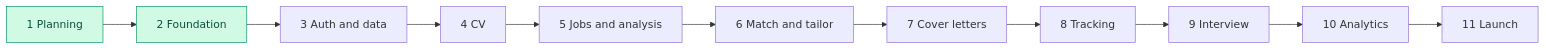
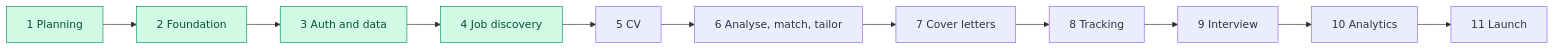
Before and after one commit to kgiannopoulou/JOB-HOUNT-RUN-BY-CLAUDE-CODE: the diagram in docs/07-roadmap.md, drawn with Mermaid. The commit also changed other lines of this file and 14 other files, not shown here.

Commit message:
Document database schema, setup and job provider terms

````diff
--- a/docs/07-roadmap.md
+++ b/docs/07-roadmap.md
@@ -5,7 +5,7 @@
 ```mermaid
 flowchart LR
-    P1[1 Planning]:::done --> P2[2 Foundation]:::done --> P3[3 Auth and data] --> P4[4 CV] --> P5[5 Jobs and analysis]
-    P5 --> P6[6 Match and tailor] --> P7[7 Cover letters]
+    P1[1 Planning]:::done --> P2[2 Foundation]:::done --> P3[3 Auth and data]:::done --> P4[4 Job discovery]:::done --> P5[5 CV]
+    P5 --> P6[6 Analyse, match, tailor] --> P7[7 Cover letters]
     P7 --> P8[8 Tracking] --> P9[9 Interview] --> P10[10 Analytics] --> P11[11 Launch]
     classDef done fill:#d1fae5,stroke:#059669,color:#064e3b
 ```
````
